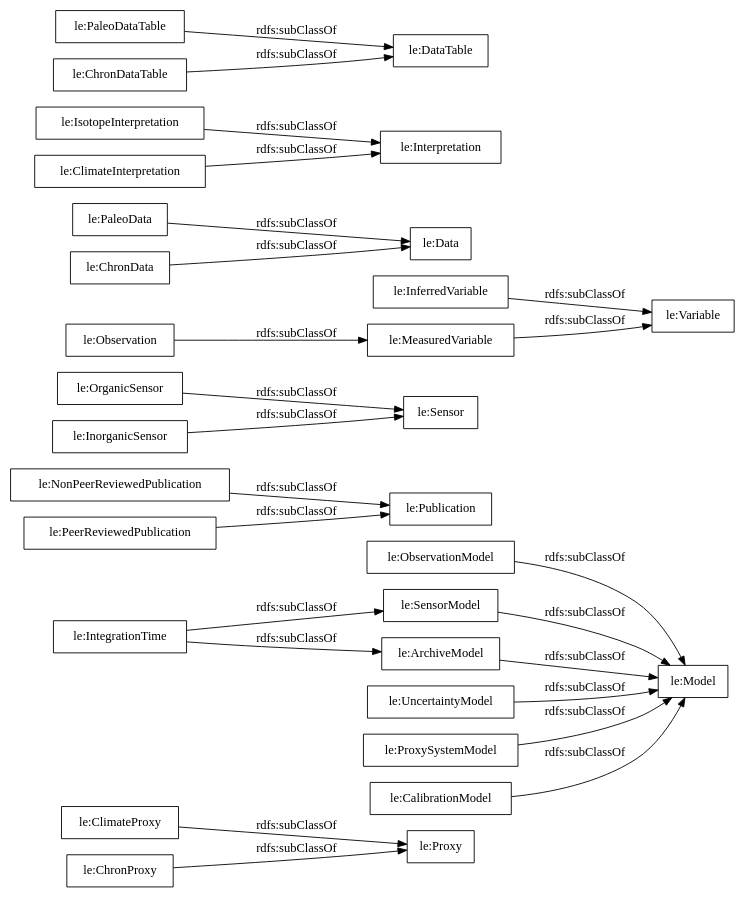
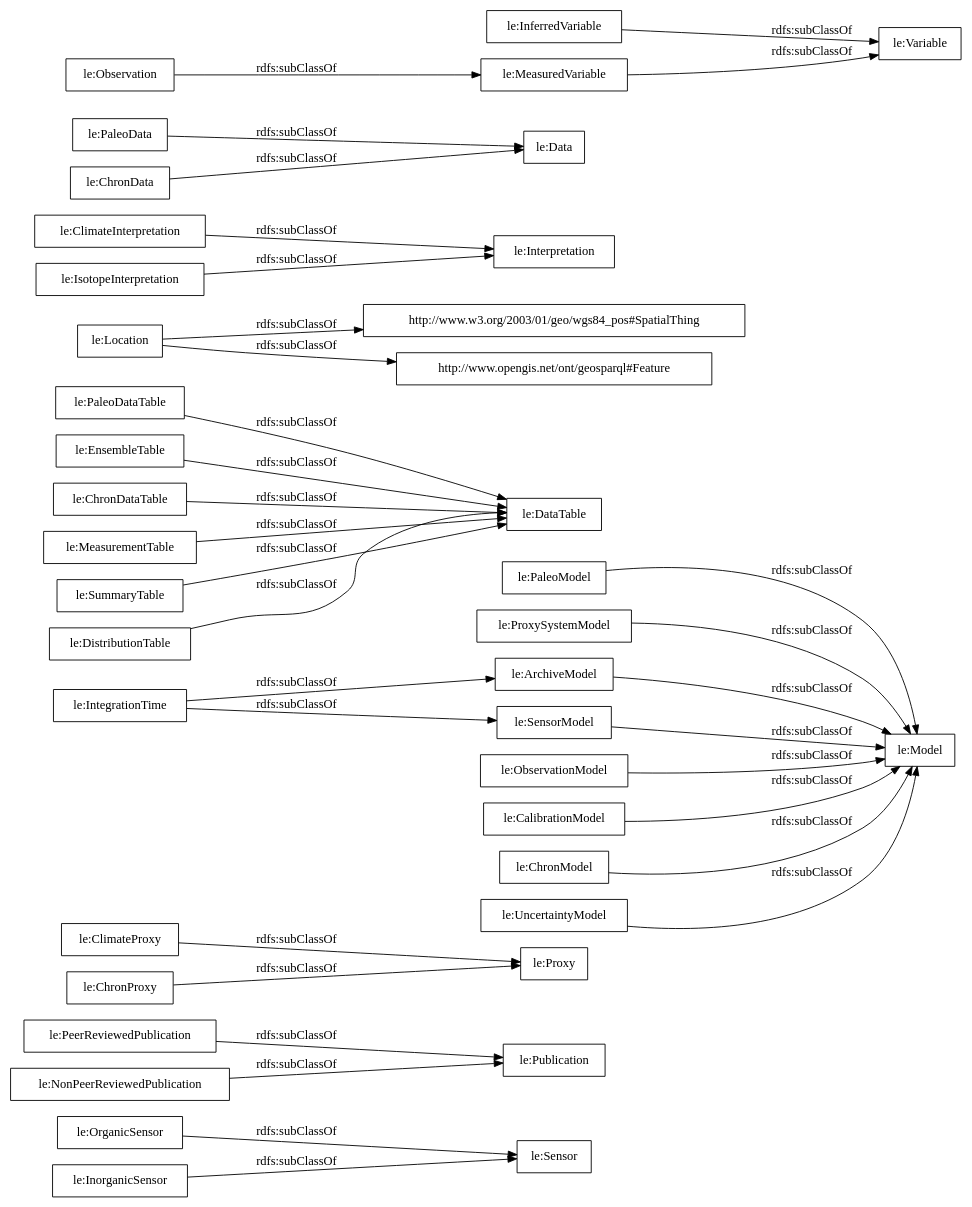
Before and after one commit to dgarijo/Ontology: the diagram in OnToology/latest/ontology.ttl/diagrams/ar2dtool-taxonomy/ontology.ttl.png.dot, drawn with Graphviz. The commit also changed 94 other files, not shown here.

```diff
--- a/OnToology/latest/ontology.ttl/diagrams/ar2dtool-taxonomy/ontology.ttl.png.dot
+++ b/OnToology/latest/ontology.ttl/diagrams/ar2dtool-taxonomy/ontology.ttl.png.dot
@@ -1,29 +1,37 @@
 digraph ar2dtool_diagram { 
 rankdir=LR;
 size="1000"
-node [shape = rectangle, color="black"]; "le:Proxy" "le:ObservationModel" "le:NonPeerReviewedPublication" "le:OrganicSensor" "le:SensorModel" "le:UncertaintyModel" "le:IntegrationTime" "le:Variable" "le:Model" "le:PeerReviewedPublication" "le:InferredVariable" "le:PaleoData" "le:InorganicSensor" "le:Publication" "le:IsotopeInterpretation" "le:ClimateInterpretation" "le:ArchiveModel" "le:Interpretation" "le:PaleoDataTable" "le:ChronData" "le:ChronDataTable" "le:DataTable" "le:ProxySystemModel" "le:CalibrationModel" "le:MeasuredVariable" "le:Sensor" "le:Observation" "le:ClimateProxy" "le:ChronProxy" "le:Data" ; /*classes style*/
+node [shape = rectangle, color="black"]; "le:OrganicSensor" "le:Publication" "le:ClimateProxy" "le:PaleoModel" "le:PaleoDataTable" "le:EnsembleTable" "le:Location" "le:ClimateInterpretation" "le:IntegrationTime" "le:ProxySystemModel" "le:InorganicSensor" "le:PaleoData" "le:DataTable" "le:ChronDataTable" "le:IsotopeInterpretation" "le:PeerReviewedPublication" "le:ChronData" "le:MeasuredVariable" "le:ArchiveModel" "http://www.w3.org/2003/01/geo/wgs84_pos#SpatialThing" "le:Interpretation" "le:MeasurementTable" "le:SensorModel" "le:SummaryTable" "le:Data" "le:ChronProxy" "le:Proxy" "le:DistributionTable" "le:Variable" "le:Model" "le:ObservationModel" "le:CalibrationModel" "http://www.opengis.net/ont/geosparql#Feature" "le:Sensor" "le:InferredVariable" "le:NonPeerReviewedPublication" "le:ChronModel" "le:UncertaintyModel" "le:Observation" ; /*classes style*/
+	"le:InferredVariable" -> "le:Variable" [ label = "rdfs:subClassOf" ];
+	"le:PaleoModel" -> "le:Model" [ label = "rdfs:subClassOf" ];
+	"le:CalibrationModel" -> "le:Model" [ label = "rdfs:subClassOf" ];
+	"le:SensorModel" -> "le:Model" [ label = "rdfs:subClassOf" ];
+	"le:NonPeerReviewedPublication" -> "le:Publication" [ label = "rdfs:subClassOf" ];
+	"le:ProxySystemModel" -> "le:Model" [ label = "rdfs:subClassOf" ];
+	"le:IsotopeInterpretation" -> "le:Interpretation" [ label = "rdfs:subClassOf" ];
+	"le:Location" -> "http://www.w3.org/2003/01/geo/wgs84_pos#SpatialThing" [ label = "rdfs:subClassOf" ];
+	"le:Location" -> "http://www.opengis.net/ont/geosparql#Feature" [ label = "rdfs:subClassOf" ];
+	"le:ArchiveModel" -> "le:Model" [ label = "rdfs:subClassOf" ];
+	"le:PeerReviewedPublication" -> "le:Publication" [ label = "rdfs:subClassOf" ];
+	"le:Observation" -> "le:MeasuredVariable" [ label = "rdfs:subClassOf" ];
+	"le:MeasuredVariable" -> "le:Variable" [ label = "rdfs:subClassOf" ];
+	"le:EnsembleTable" -> "le:DataTable" [ label = "rdfs:subClassOf" ];
+	"le:PaleoDataTable" -> "le:DataTable" [ label = "rdfs:subClassOf" ];
 	"le:ChronData" -> "le:Data" [ label = "rdfs:subClassOf" ];
-	"le:CalibrationModel" -> "le:Model" [ label = "rdfs:subClassOf" ];
-	"le:PaleoDataTable" -> "le:DataTable" [ label = "rdfs:subClassOf" ];
+	"le:MeasurementTable" -> "le:DataTable" [ label = "rdfs:subClassOf" ];
+	"le:ChronModel" -> "le:Model" [ label = "rdfs:subClassOf" ];
+	"le:ClimateProxy" -> "le:Proxy" [ label = "rdfs:subClassOf" ];
 	"le:ObservationModel" -> "le:Model" [ label = "rdfs:subClassOf" ];
+	"le:OrganicSensor" -> "le:Sensor" [ label = "rdfs:subClassOf" ];
 	"le:ChronProxy" -> "le:Proxy" [ label = "rdfs:subClassOf" ];
-	"le:SensorModel" -> "le:Model" [ label = "rdfs:subClassOf" ];
+	"le:UncertaintyModel" -> "le:Model" [ label = "rdfs:subClassOf" ];
 	"le:InorganicSensor" -> "le:Sensor" [ label = "rdfs:subClassOf" ];
-	"le:Observation" -> "le:MeasuredVariable" [ label = "rdfs:subClassOf" ];
-	"le:ArchiveModel" -> "le:Model" [ label = "rdfs:subClassOf" ];
-	"le:ClimateInterpretation" -> "le:Interpretation" [ label = "rdfs:subClassOf" ];
-	"le:PeerReviewedPublication" -> "le:Publication" [ label = "rdfs:subClassOf" ];
-	"le:PaleoData" -> "le:Data" [ label = "rdfs:subClassOf" ];
-	"le:NonPeerReviewedPublication" -> "le:Publication" [ label = "rdfs:subClassOf" ];
-	"le:UncertaintyModel" -> "le:Model" [ label = "rdfs:subClassOf" ];
-	"le:ClimateProxy" -> "le:Proxy" [ label = "rdfs:subClassOf" ];
-	"le:ChronDataTable" -> "le:DataTable" [ label = "rdfs:subClassOf" ];
+	"le:DistributionTable" -> "le:DataTable" [ label = "rdfs:subClassOf" ];
 	"le:IntegrationTime" -> "le:SensorModel" [ label = "rdfs:subClassOf" ];
 	"le:IntegrationTime" -> "le:ArchiveModel" [ label = "rdfs:subClassOf" ];
-	"le:OrganicSensor" -> "le:Sensor" [ label = "rdfs:subClassOf" ];
-	"le:IsotopeInterpretation" -> "le:Interpretation" [ label = "rdfs:subClassOf" ];
-	"le:InferredVariable" -> "le:Variable" [ label = "rdfs:subClassOf" ];
-	"le:ProxySystemModel" -> "le:Model" [ label = "rdfs:subClassOf" ];
-	"le:MeasuredVariable" -> "le:Variable" [ label = "rdfs:subClassOf" ];
+	"le:SummaryTable" -> "le:DataTable" [ label = "rdfs:subClassOf" ];
+	"le:ChronDataTable" -> "le:DataTable" [ label = "rdfs:subClassOf" ];
+	"le:ClimateInterpretation" -> "le:Interpretation" [ label = "rdfs:subClassOf" ];
+	"le:PaleoData" -> "le:Data" [ label = "rdfs:subClassOf" ];
 
 }
```
